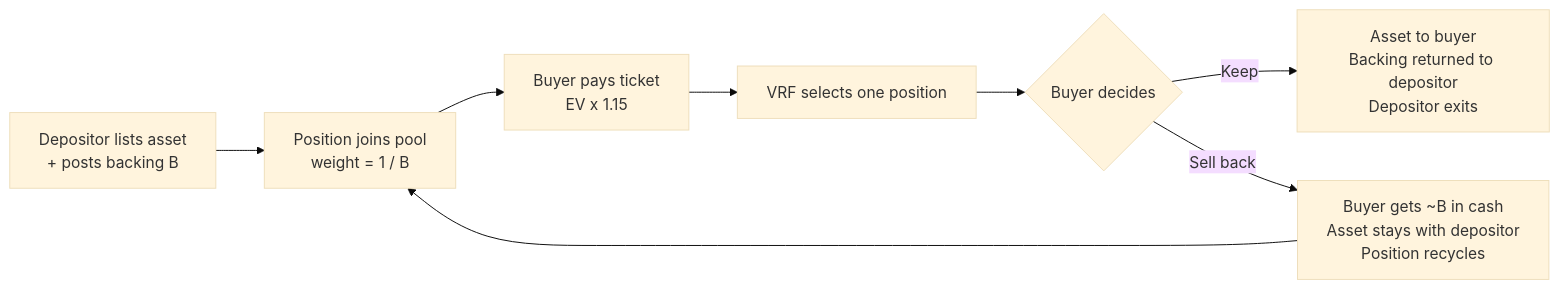
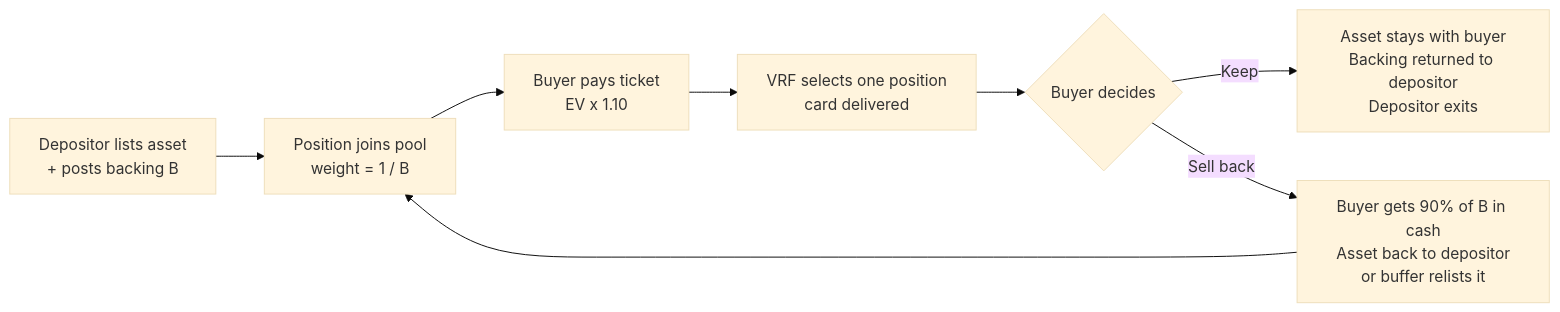
The diagram in how-it-works.mdx (gabox-labs/docs), drawn with Mermaid (base theme) before and after one commit. The commit also changed other lines of this file and 14 other files, not shown here.

````diff
--- a/how-it-works.mdx
+++ b/how-it-works.mdx
@@ -11,10 +11,10 @@
 ```mermaid
 flowchart LR
     A[Depositor lists asset<br/>+ posts backing B] --> B[Position joins pool<br/>weight = 1 / B]
-    B --> C[Buyer pays ticket<br/>EV x 1.15]
-    C --> D[VRF selects one position]
+    B --> C[Buyer pays ticket<br/>EV x 1.10]
+    C --> D[VRF selects one position<br/>card delivered]
     D --> E{Buyer decides}
-    E -->|Keep| F[Asset to buyer<br/>Backing returned to depositor<br/>Depositor exits]
-    E -->|Sell back| G[Buyer gets ~B in cash<br/>Asset stays with depositor<br/>Position recycles]
+    E -->|Keep| F[Asset stays with buyer<br/>Backing returned to depositor<br/>Depositor exits]
+    E -->|Sell back| G[Buyer gets 90% of B in cash<br/>Asset back to depositor<br/>or buffer relists it]
     G --> B
 ```
````
